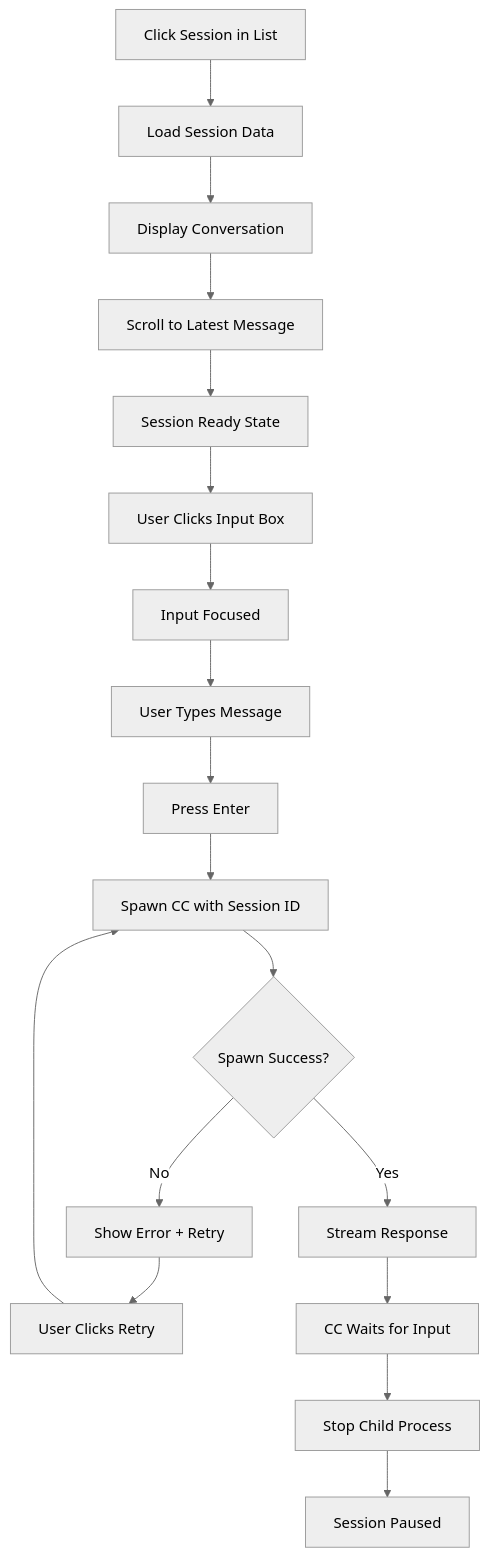
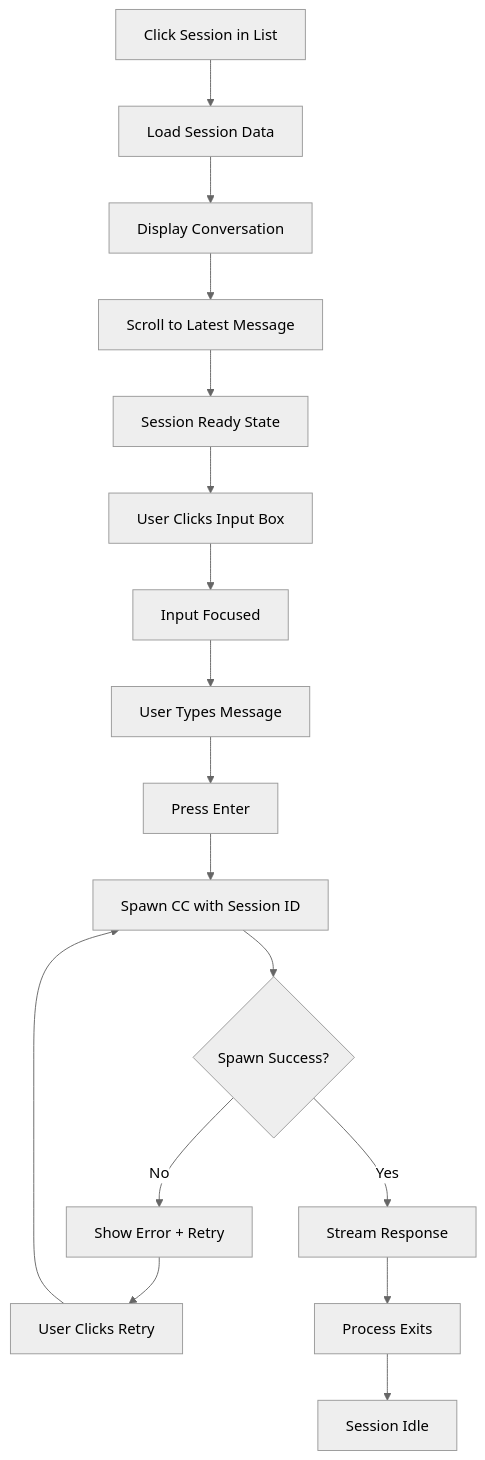
One commit to michaellinhardt/grimoire changed the second of 5 diagrams in _bmad-output/planning-artifacts/ux-design-specification.md. Above: the diagram before and after it, drawn with Mermaid (neutral theme). The commit also changed other lines of this file and 5 other files, not shown here.

````diff
--- a/_bmad-output/planning-artifacts/ux-design-specification.md
+++ b/_bmad-output/planning-artifacts/ux-design-specification.md
@@ -641,20 +640,19 @@
 ```mermaid
 flowchart TD
     A[Click Session in List] --> B[Load Session Data]
     B --> C[Display Conversation]
     C --> D[Scroll to Latest Message]
     D --> E[Session Ready State]
     E --> F[User Clicks Input Box]
     F --> G[Input Focused]
     G --> H[User Types Message]
     H --> I[Press Enter]
     I --> J[Spawn CC with Session ID]
     J --> K{Spawn Success?}
     K -->|No| L[Show Error + Retry]
     L --> M[User Clicks Retry]
     M --> J
     K -->|Yes| N[Stream Response]
-    N --> O[CC Waits for Input]
-    O --> P[Stop Child Process]
-    P --> Q[Session Paused]
+    N --> O[Process Exits]
+    O --> P[Session Idle]
 ```
````
